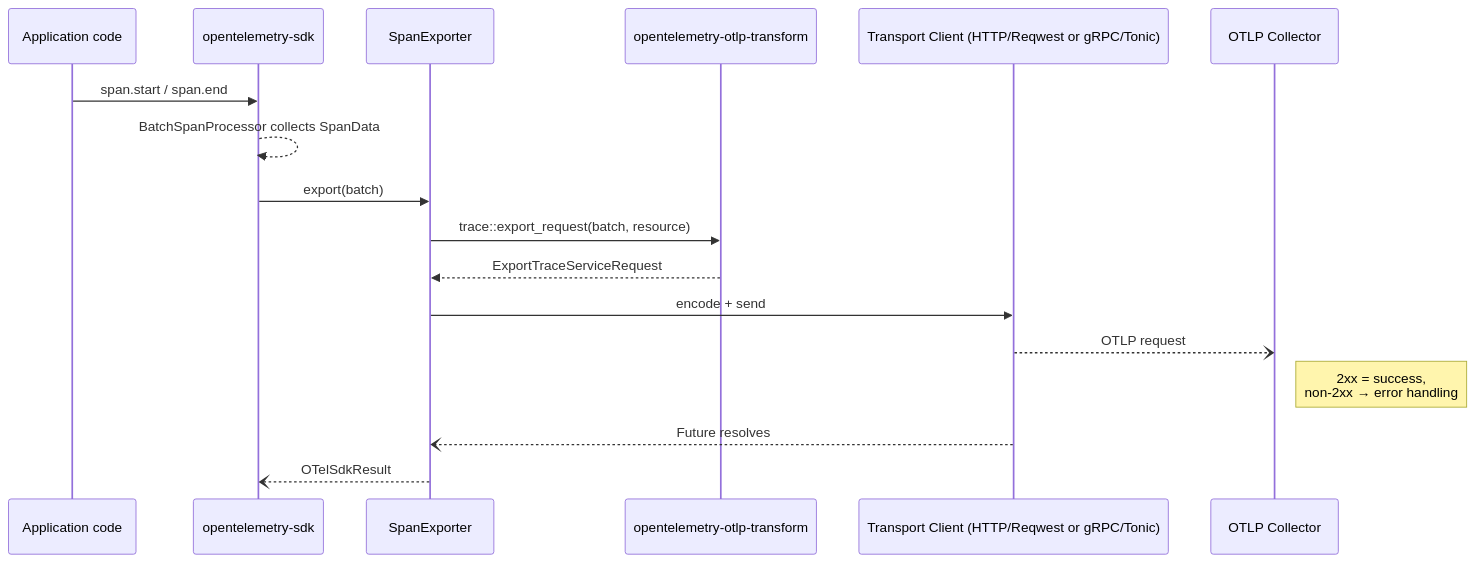
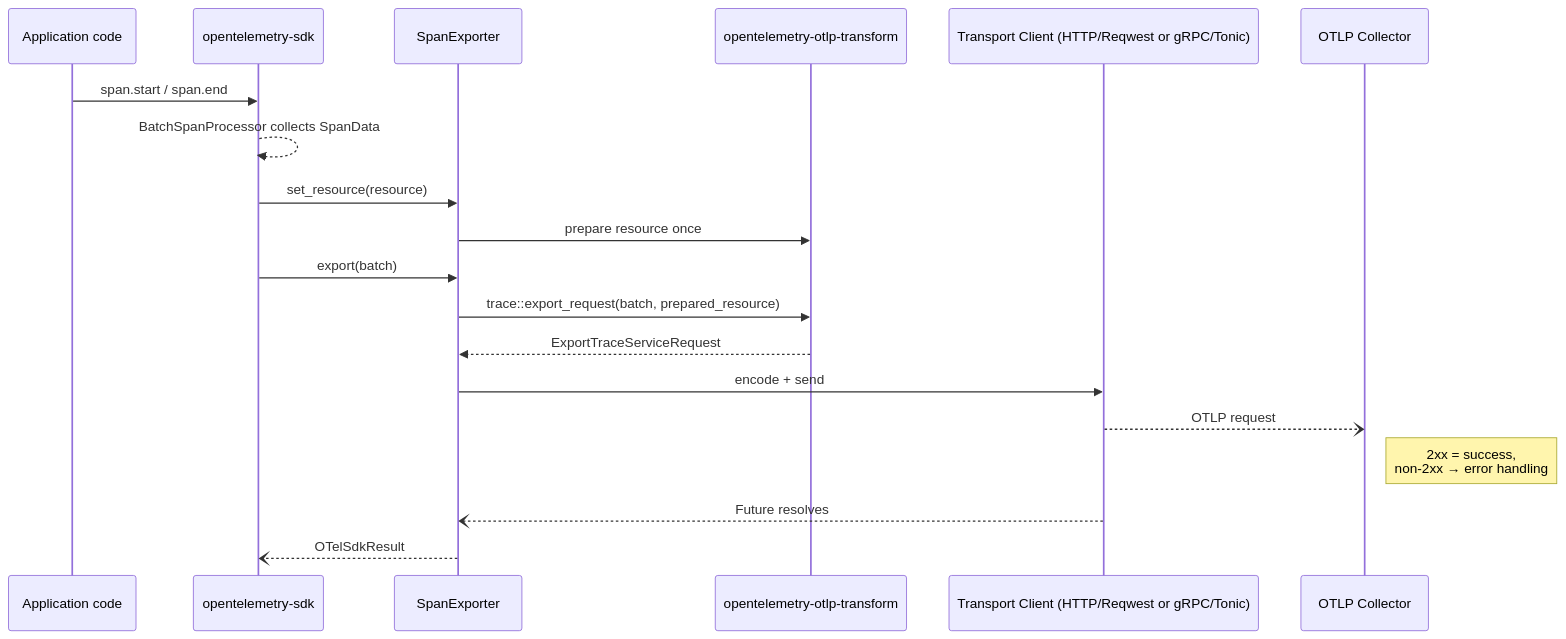
One commit to open-telemetry/opentelemetry-rust changed the second of 2 diagrams in docs/design/otlp.md. Above: the diagram before and after it, drawn with Mermaid. The commit also changed other lines of this file and 9 other files, not shown here.

````diff
--- a/docs/design/otlp.md
+++ b/docs/design/otlp.md
@@ -95,19 +95,21 @@
 ```mermaid
 sequenceDiagram
     participant App as Application code
     participant SDK as opentelemetry-sdk
     participant Exp as SpanExporter
     participant Transform as opentelemetry-otlp-transform
     participant Tx as Transport Client (HTTP/Reqwest or gRPC/Tonic)
     participant Collector as OTLP Collector
     App->>SDK: span.start / span.end
     SDK-->>SDK: BatchSpanProcessor collects SpanData
+    SDK->>Exp: set_resource(resource)
+    Exp->>Transform: prepare resource once
     SDK->>Exp: export(batch)
-    Exp->>Transform: trace::export_request(batch, resource)
+    Exp->>Transform: trace::export_request(batch, prepared_resource)
     Transform-->>Exp: ExportTraceServiceRequest
     Exp->>Tx: encode + send
     Tx--)Collector: OTLP request
     note right of Collector: 2xx = success,<br/>non-2xx → error handling
     Tx--)Exp: Future resolves
     Exp--)SDK: OTelSdkResult
 ```
````
